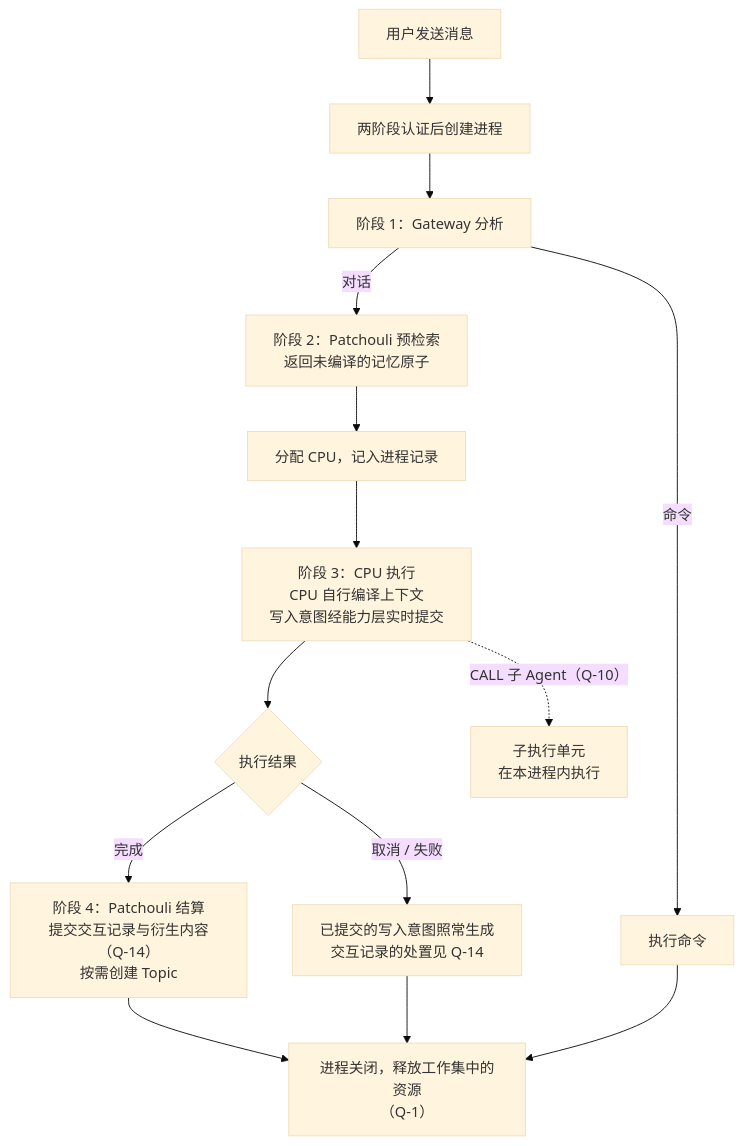
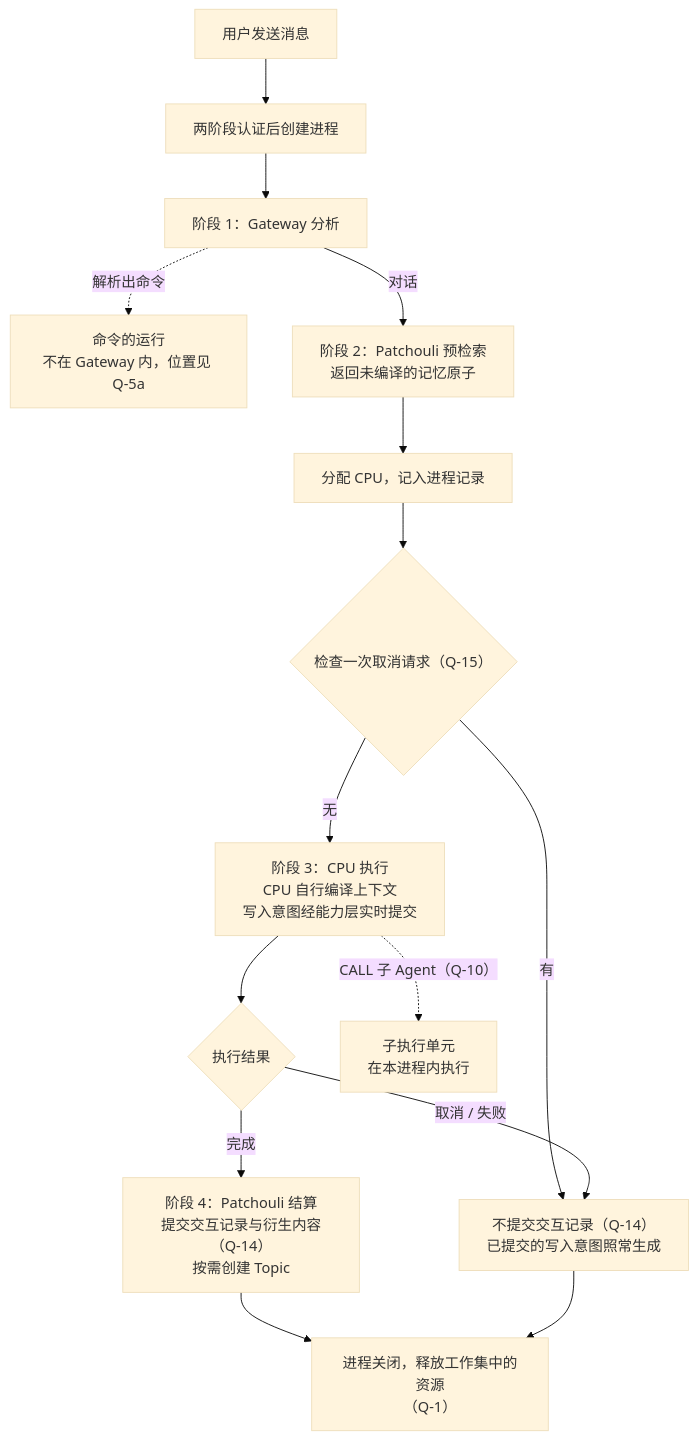
One commit to artemis03976/HiveMemory changed the fourth of 5 diagrams in docs/ideas/task-process-table-and-registration-entry.md. Above: the diagram before and after it, drawn with Mermaid (base theme). The commit also changed other lines of this file and 4 other files, not shown here.

````diff
--- a/docs/ideas/task-process-table-and-registration-entry.md
+++ b/docs/ideas/task-process-table-and-registration-entry.md
@@ -250,16 +259,17 @@
 ```mermaid
 flowchart TB
     A["用户发送消息"] --> B["两阶段认证后创建进程"]
     B --> C["阶段 1：Gateway 分析"]
-    C -- "命令" --> K["执行命令"]
+    C -. "解析出命令" .-> K["命令的运行<br/>不在 Gateway 内，位置见 Q-5a"]
     C -- "对话" --> D["阶段 2：Patchouli 预检索<br/>返回未编译的记忆原子"]
     D --> E["分配 CPU，记入进程记录"]
-    E --> F["阶段 3：CPU 执行<br/>CPU 自行编译上下文<br/>写入意图经能力层实时提交"]
+    E --> X{"检查一次取消请求（Q-15）"}
+    X -- "有" --> I
+    X -- "无" --> F["阶段 3：CPU 执行<br/>CPU 自行编译上下文<br/>写入意图经能力层实时提交"]
     F --> G{"执行结果"}
     G -- "完成" --> H["阶段 4：Patchouli 结算<br/>提交交互记录与衍生内容（Q-14）<br/>按需创建 Topic"]
-    G -- "取消 / 失败" --> I["已提交的写入意图照常生成<br/>交互记录的处置见 Q-14"]
+    G -- "取消 / 失败" --> I["不提交交互记录（Q-14）<br/>已提交的写入意图照常生成"]
     H --> J["进程关闭，释放工作集中的资源<br/>（Q-1）"]
     I --> J
-    K --> J
     F -. "CALL 子 Agent（Q-10）" .-> L["子执行单元<br/>在本进程内执行"]
 ```
````
